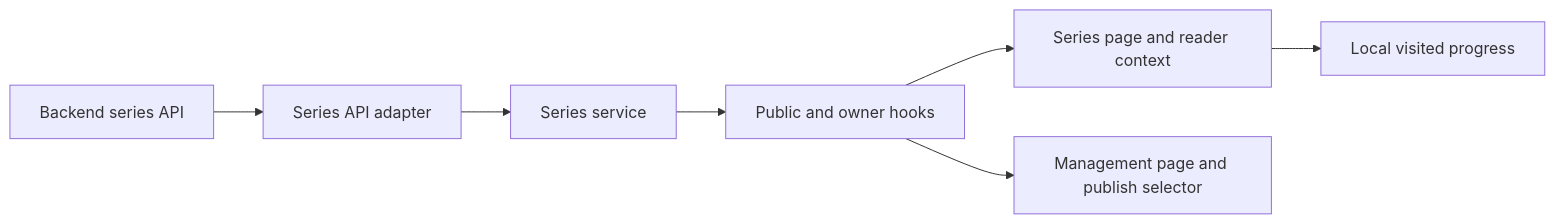
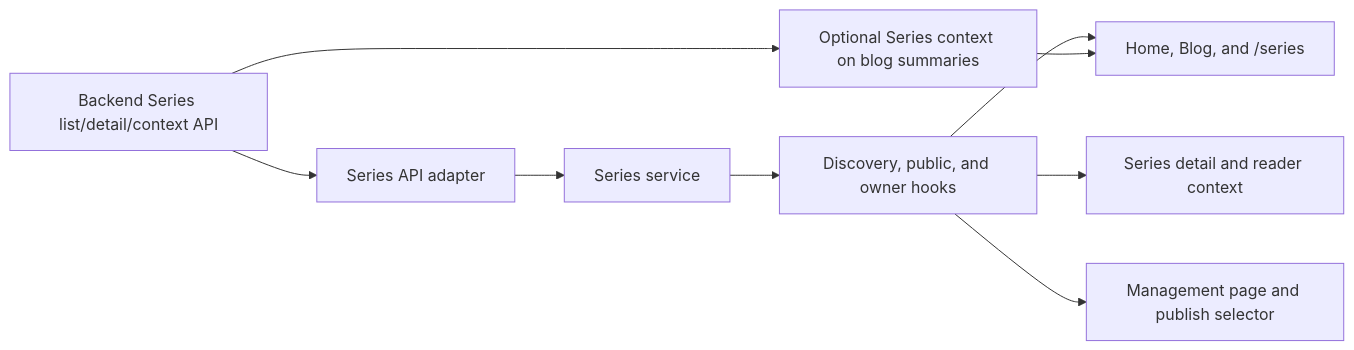
Before and after one commit to connortran216/horizon-blog: the diagram in specs/015-series-learning-path/plan.md, drawn with Mermaid. The commit also changed other lines of this file and 70 other files, not shown here.

Commit message:
feat(series): add public discovery experience (#2)

````diff
--- a/specs/015-series-learning-path/plan.md
+++ b/specs/015-series-learning-path/plan.md
@@ -51,9 +56,11 @@
 ```mermaid
 flowchart LR
-    API["Backend series API"] --> Adapter["Series API adapter"]
+    API["Backend Series list/detail/context API"] --> Adapter["Series API adapter"]
     Adapter --> Service["Series service"]
-    Service --> Hooks["Public and owner hooks"]
-    Hooks --> Public["Series page and reader context"]
+    Service --> Hooks["Discovery, public, and owner hooks"]
+    Hooks --> Discovery["Home, Blog, and /series"]
+    Hooks --> Public["Series detail and reader context"]
     Hooks --> Owner["Management page and publish selector"]
-    Public --> Progress["Local visited progress"]
+    API --> BlogSummary["Optional Series context on blog summaries"]
+    BlogSummary --> Discovery
 ```
````
